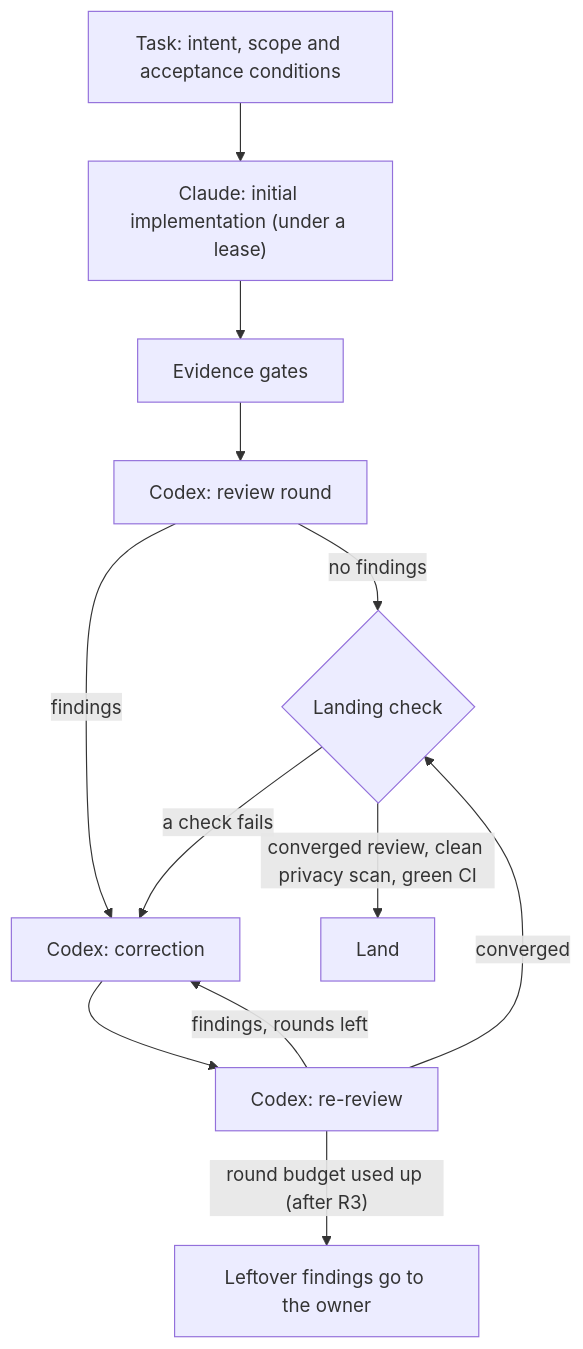
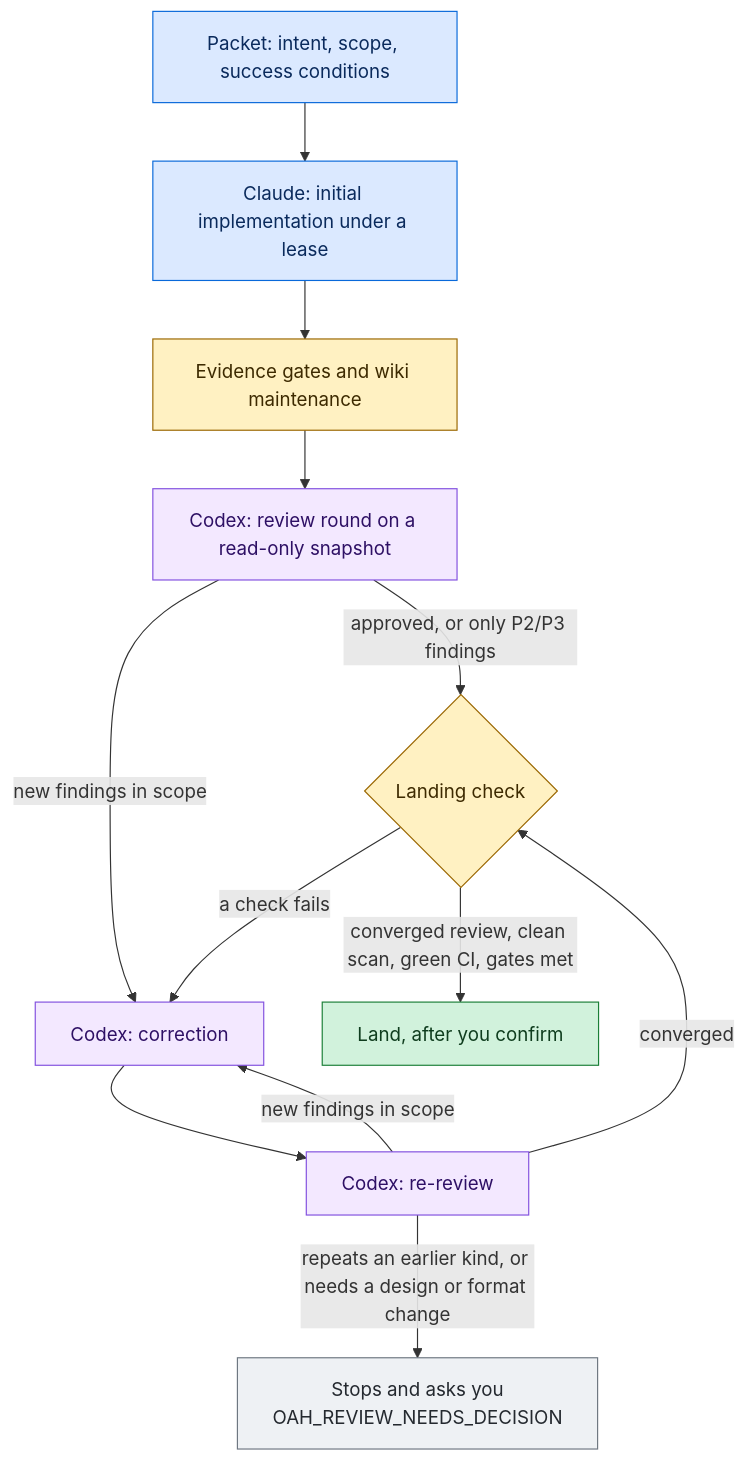
The fifth of 8 diagrams in README.md (KenSuh/open-agent-harness), drawn with Mermaid before and after one commit. The commit also changed other lines of this file, not shown here.

First line of the commit message:
docs(readme): show oah's strengths, with status-coloured diagrams

````diff
--- a/README.md
+++ b/README.md
@@ -61,14 +326,25 @@
 ```mermaid
 flowchart TD
-    T["Task: intent, scope and acceptance conditions"] --> I["Claude: initial implementation (under a lease)"]
-    I --> G["Evidence gates"]
-    G --> R["Codex: review round"]
-    R -->|"no findings"| L{"Landing check"}
-    R -->|"findings"| C["Codex: correction"]
+    T["Packet: intent, scope, success conditions"] --> I["Claude: initial implementation under a lease"]
+    I --> G["Evidence gates and wiki maintenance"]
+    G --> R["Codex: review round on a read-only snapshot"]
+    R -->|"approved, or only P2/P3 findings"| L{"Landing check"}
+    R -->|"new findings in scope"| C["Codex: correction"]
     C --> RR["Codex: re-review"]
-    RR -->|"findings, rounds left"| C
+    RR -->|"new findings in scope"| C
     RR -->|"converged"| L
-    RR -->|"round budget used up (after R3)"| O["Leftover findings go to the owner"]
-    L -->|"converged review, clean privacy scan, green CI"| M["Land"]
+    RR -->|"repeats an earlier kind, or needs a design or format change"| O["Stops and asks you<br/>OAH_REVIEW_NEEDS_DECISION"]
+    L -->|"converged review, clean scan, green CI, gates met"| M["Land, after you confirm"]
     L -->|"a check fails"| C
+
+    classDef claude fill:#dbe9ff,stroke:#0969da,color:#0a2a5c
+    classDef codex fill:#f3e8ff,stroke:#8250df,color:#2e1065
+    classDef check fill:#fff1c2,stroke:#9a6700,color:#3d2a00
+    classDef land fill:#d1f2dc,stroke:#1a7f37,color:#0f3d1e
+    classDef owner fill:#eef1f4,stroke:#6e7781,color:#24292f
+    class T,I claude
+    class R,C,RR codex
+    class G,L check
+    class M land
+    class O owner
 ```
````
